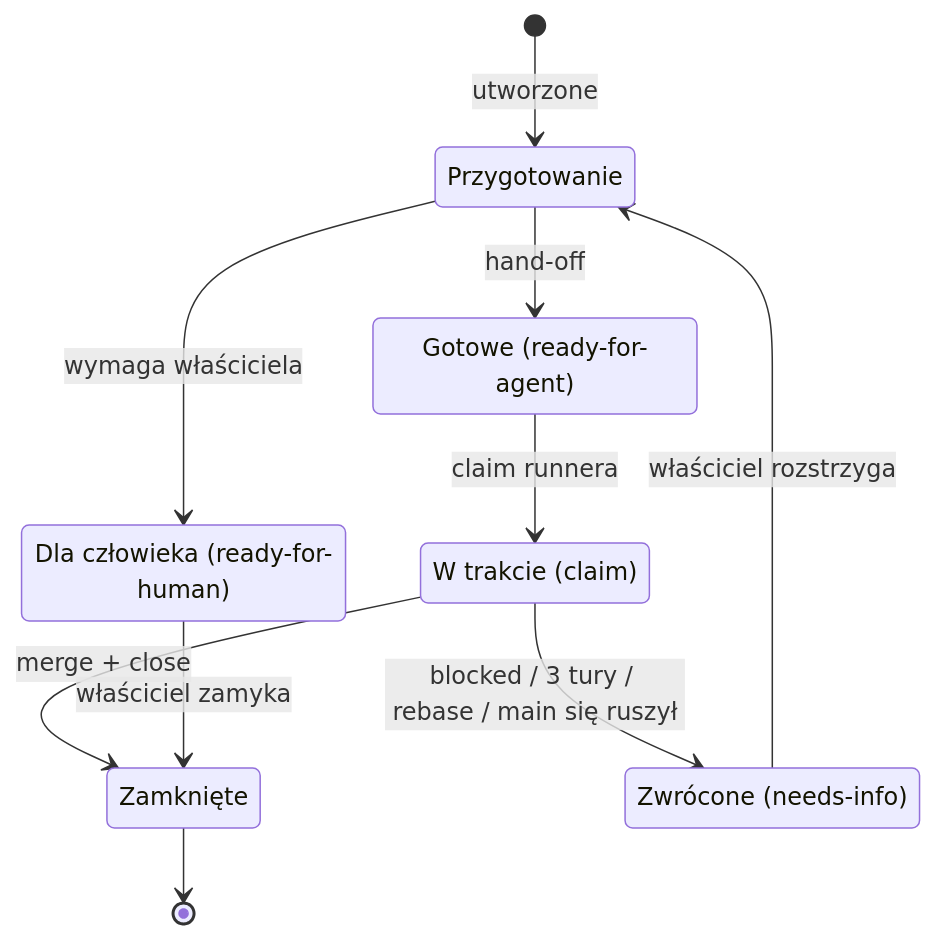
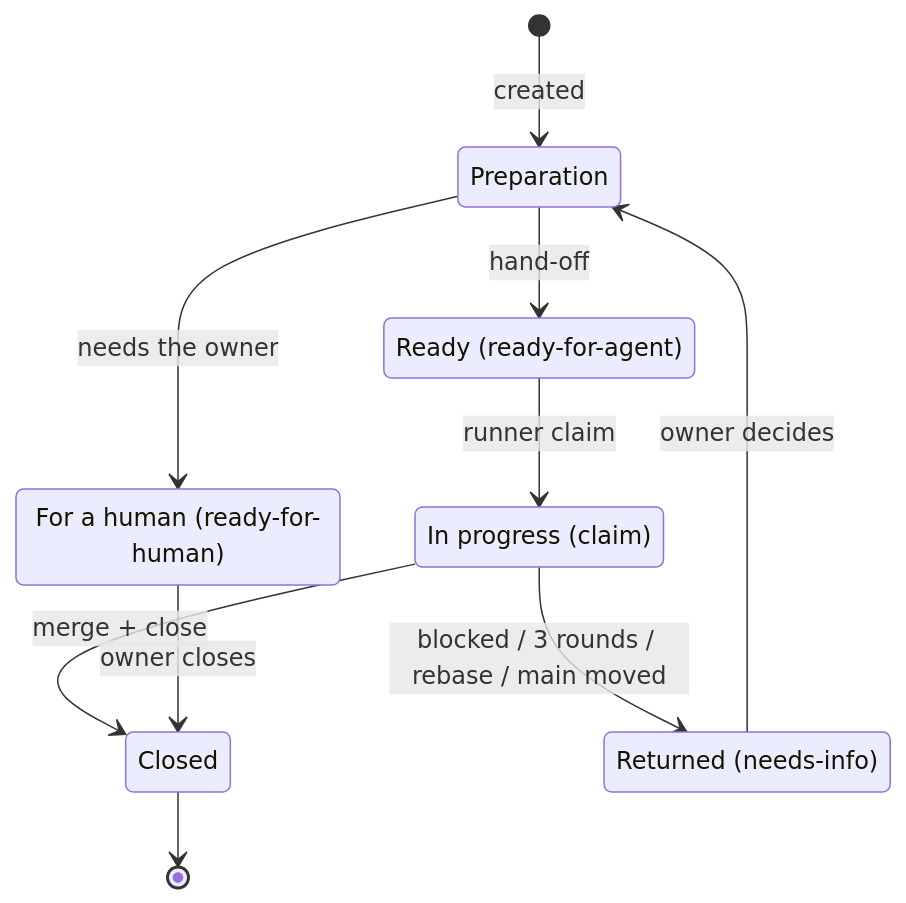
The third of 4 diagrams in docs/proces-implementacji.md (pioziol123/ofertorix-rekrutus), drawn with Mermaid before and after one commit. The commit also changed other lines of this file and 126 other files, not shown here.

````diff
--- a/docs/proces-implementacji.md
+++ b/docs/proces-implementacji.md
@@ -299,18 +299,18 @@
 ```mermaid
 stateDiagram-v2
-  state "Przygotowanie" as Prep
-  state "Gotowe (ready-for-agent)" as Ready
-  state "Dla człowieka (ready-for-human)" as Human
-  state "W trakcie (claim)" as Work
-  state "Zamknięte" as Closed
-  state "Zwrócone (needs-info)" as Back
-  [*] --> Prep: utworzone
+  state "Preparation" as Prep
+  state "Ready (ready-for-agent)" as Ready
+  state "For a human (ready-for-human)" as Human
+  state "In progress (claim)" as Work
+  state "Closed" as Closed
+  state "Returned (needs-info)" as Back
+  [*] --> Prep: created
   Prep --> Ready: hand-off
-  Prep --> Human: wymaga właściciela
-  Ready --> Work: claim runnera
+  Prep --> Human: needs the owner
+  Ready --> Work: runner claim
   Work --> Closed: merge + close
-  Work --> Back: blocked / 3 tury / rebase / main się ruszył
-  Back --> Prep: właściciel rozstrzyga
-  Human --> Closed: właściciel zamyka
+  Work --> Back: blocked / 3 rounds / rebase / main moved
+  Back --> Prep: owner decides
+  Human --> Closed: owner closes
   Closed --> [*]
 ```
````
